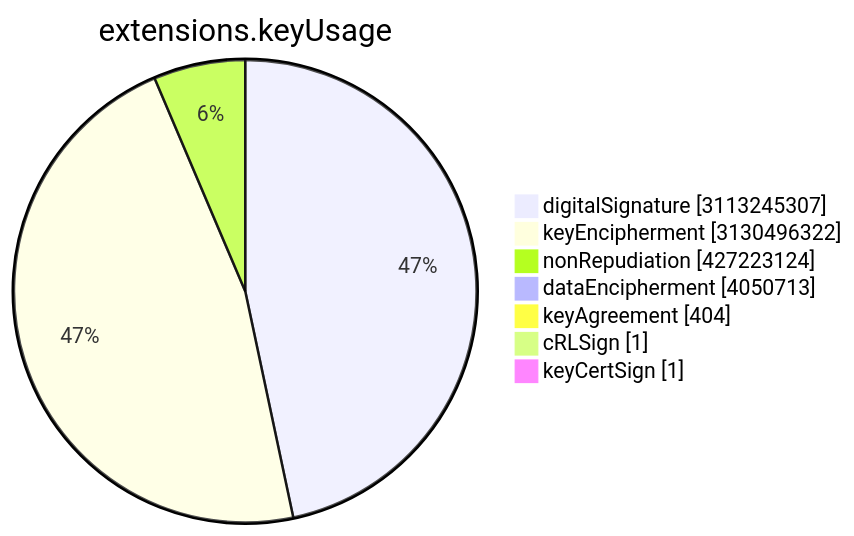
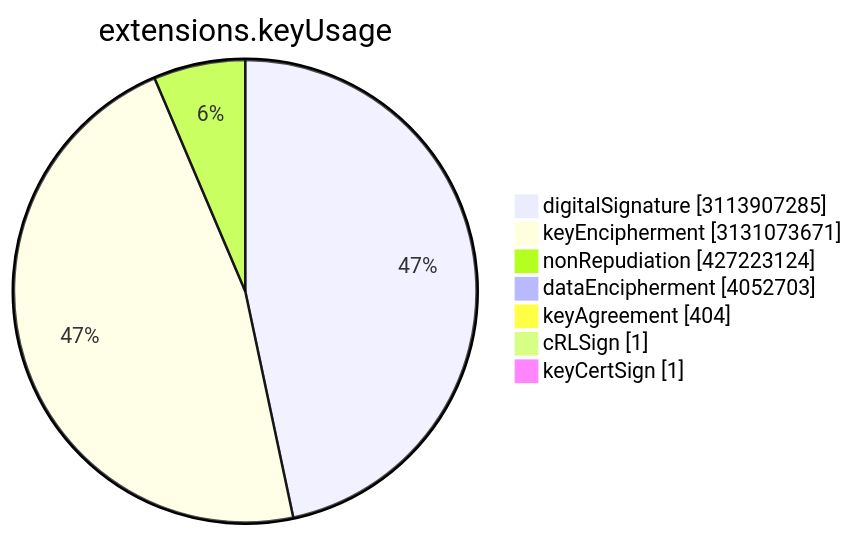
Before and after one commit to christiankrug/ctmonitor_visualization: the sixth of 15 diagrams in TOTAL/README.md, drawn with Mermaid. The commit also changed other lines of this file, not shown here.

````diff
--- a/TOTAL/README.md
+++ b/TOTAL/README.md
@@ -3077,11 +3077,11 @@
 ```mermaid
 pie showData
 title extensions.keyUsage
-"digitalSignature" :3113245307
-"keyEncipherment" :3130496322
+"digitalSignature" :3113907285
+"keyEncipherment" :3131073671
 "nonRepudiation" :427223124
-"dataEncipherment" :4050713
+"dataEncipherment" :4052703
 "keyAgreement" :404
 "cRLSign" :1
 "keyCertSign" :1
 ```
````
